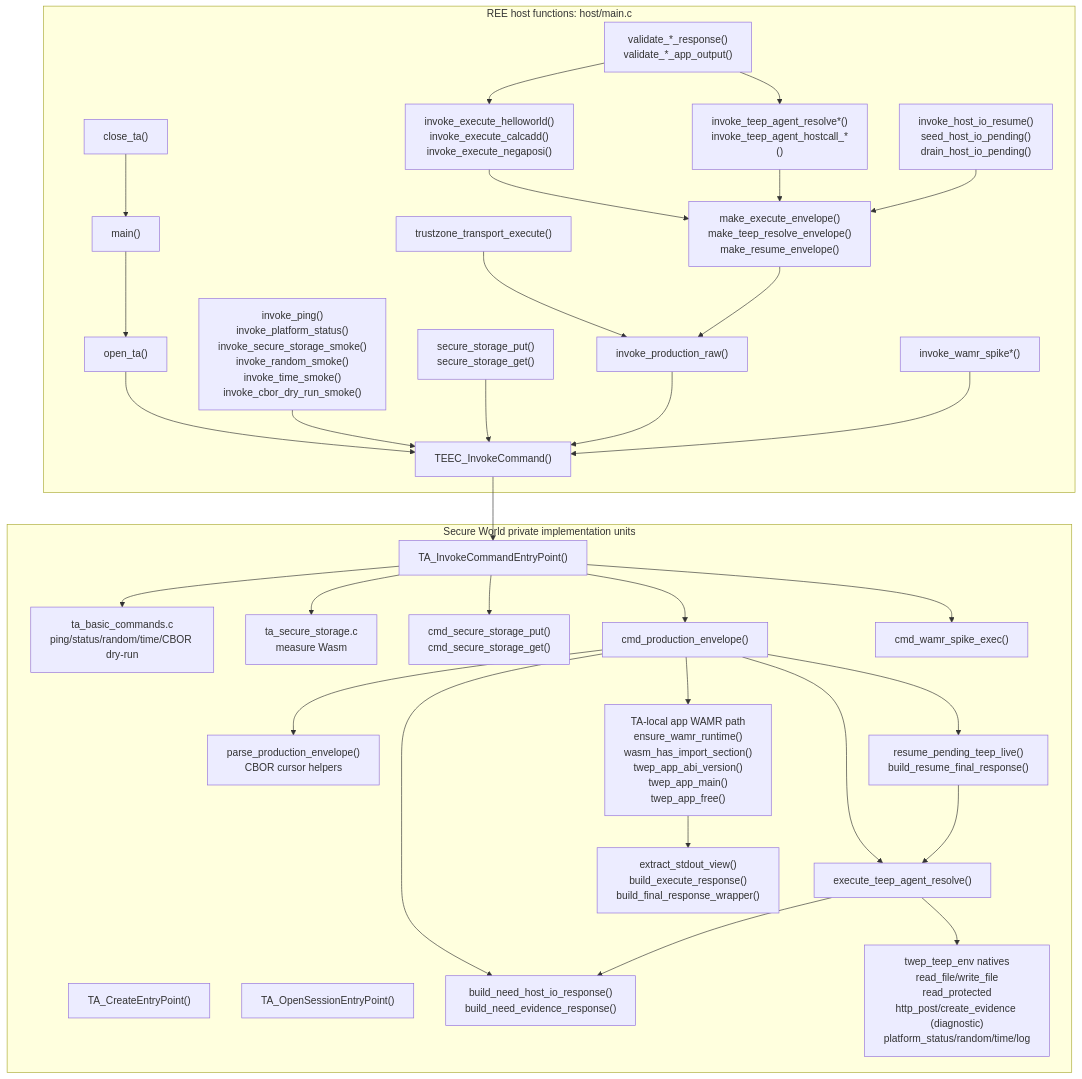
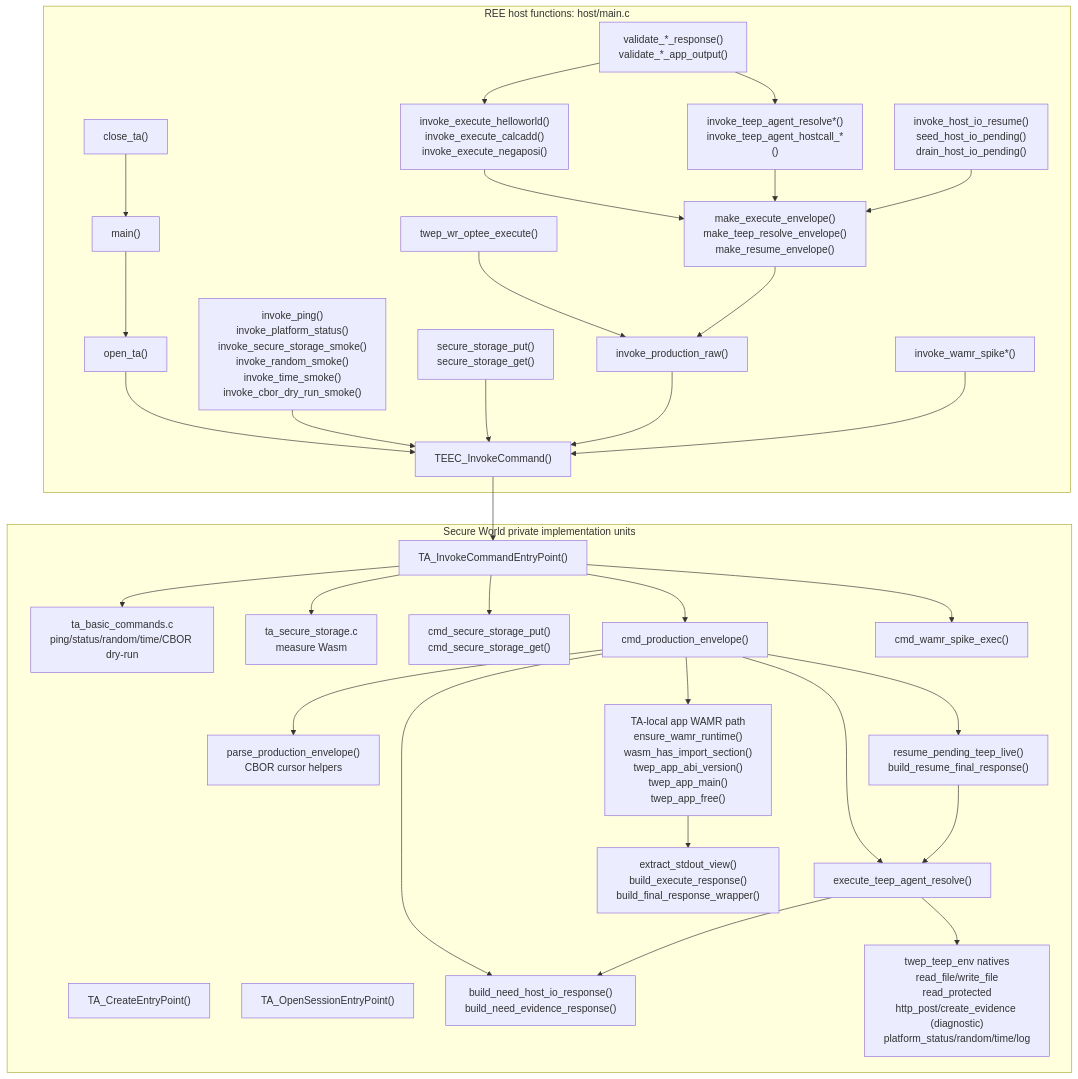
The third of 3 diagrams in optee/twep-wr-ta/ARCHITECTURE.md (s-miyazawa/twep-system), drawn with Mermaid before and after one commit. The commit also changed other lines of this file and 58 other files, not shown here.

````diff
--- a/optee/twep-wr-ta/ARCHITECTURE.md
+++ b/optee/twep-wr-ta/ARCHITECTURE.md
@@ -220,66 +225,66 @@
 ```mermaid
 flowchart TB
     subgraph host["REE host functions: host/main.c"]
         hmain["main()"]
         open["open_ta()"]
         close["close_ta()"]
         smoke["invoke_ping()\ninvoke_platform_status()\ninvoke_secure_storage_smoke()\ninvoke_random_smoke()\ninvoke_time_smoke()\ninvoke_cbor_dry_run_smoke()"]
         putget["secure_storage_put()\nsecure_storage_get()"]
         prodraw["invoke_production_raw()"]
-        transport["trustzone_transport_execute()"]
+        transport["twep_wr_optee_execute()"]
         appsmoke["invoke_execute_helloworld()\ninvoke_execute_calcadd()\ninvoke_execute_negaposi()"]
         teepsmoke["invoke_teep_agent_resolve*()\ninvoke_teep_agent_hostcall_*()"]
         resumehost["invoke_host_io_resume()\nseed_host_io_pending()\ndrain_host_io_pending()"]
         spikehost["invoke_wamr_spike*()"]
         makeenv["make_execute_envelope()\nmake_teep_resolve_envelope()\nmake_resume_envelope()"]
         validate["validate_*_response()\nvalidate_*_app_output()"]
         teecinvoke["TEEC_InvokeCommand()"]
     end
 
     subgraph ta["Secure World private implementation units"]
         tacreate["TA_CreateEntryPoint()"]
         taopen["TA_OpenSessionEntryPoint()"]
         tainvoke["TA_InvokeCommandEntryPoint()"]
         simplecmds["ta_basic_commands.c\nping/status/random/time/CBOR dry-run"]
         measure["ta_secure_storage.c\nmeasure Wasm"]
         storagecmds["cmd_secure_storage_put()\ncmd_secure_storage_get()"]
         prodcmd["cmd_production_envelope()"]
         spikecmd["cmd_wamr_spike_exec()"]
         parseenv["parse_production_envelope()\nCBOR cursor helpers"]
         needio["build_need_host_io_response()\nbuild_need_evidence_response()"]
         resume["resume_pending_teep_live()\nbuild_resume_final_response()"]
         teepresolve["execute_teep_agent_resolve()"]
         teepnative["twep_teep_env natives\nread_file/write_file\nread_protected\nhttp_post/create_evidence (diagnostic)\nplatform_status/random/time/log"]
         appw["TA-local app WAMR path\nensure_wamr_runtime()\nwasm_has_import_section()\ntwep_app_abi_version()\ntwep_app_main()\ntwep_app_free()"]
         appresponse["extract_stdout_view()\nbuild_execute_response()\nbuild_final_response_wrapper()"]
     end
 
   hmain --> open --> teecinvoke
   smoke --> teecinvoke
   putget --> teecinvoke
   prodraw --> teecinvoke
   transport --> prodraw
   appsmoke --> makeenv --> prodraw
   teepsmoke --> makeenv
   resumehost --> makeenv
   spikehost --> teecinvoke
   validate --> appsmoke
   validate --> teepsmoke
   close --> hmain
 
   teecinvoke --> tainvoke
   tainvoke --> simplecmds
   tainvoke --> measure
   tainvoke --> storagecmds
   tainvoke --> prodcmd
   tainvoke --> spikecmd
   prodcmd --> parseenv
   prodcmd --> needio
   prodcmd --> resume
   prodcmd --> teepresolve
   prodcmd --> appw
   teepresolve --> teepnative
   teepresolve --> needio
   appw --> appresponse
   resume --> teepresolve
 ```
````
